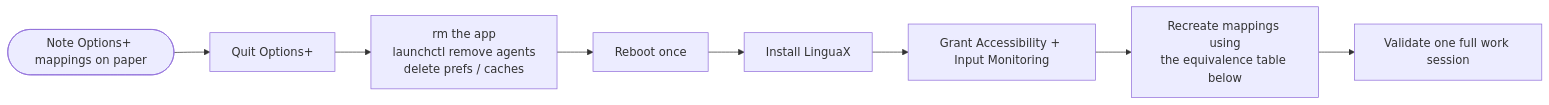
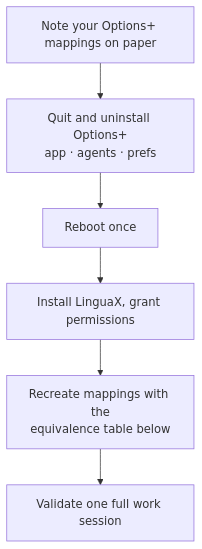
One commit to xiaopozhu/linguax-web changed the diagram in docs/comparisons/mx-master-3s-mac-setup-without-logi-options.md. Above: the diagram before and after it, drawn with Mermaid. The commit also changed 18 other files, not shown here.

First line of the commit message:
docs(polish): fix cramped LR diagrams, redesign model SVGs, full recognition table, navbar links

````diff
--- a/docs/comparisons/mx-master-3s-mac-setup-without-logi-options.md
+++ b/docs/comparisons/mx-master-3s-mac-setup-without-logi-options.md
@@ -37,10 +37,8 @@
 ```mermaid
-flowchart LR
-    E([Note Options+ mappings on paper]) --> Q[Quit Options+]
-    Q --> R[rm the app<br/>launchctl remove agents<br/>delete prefs / caches]
-    R --> B[Reboot once]
-    B --> D[Install LinguaX]
-    D --> P[Grant Accessibility + Input Monitoring]
-    P --> M[Recreate mappings using<br/>the equivalence table below]
+flowchart TD
+    E[Note your Options+ mappings on paper] --> Q[Quit and uninstall Options+<br/>app · agents · prefs]
+    Q --> B[Reboot once]
+    B --> D[Install LinguaX, grant permissions]
+    D --> M[Recreate mappings with the<br/>equivalence table below]
     M --> V[Validate one full work session]
 ```
````
